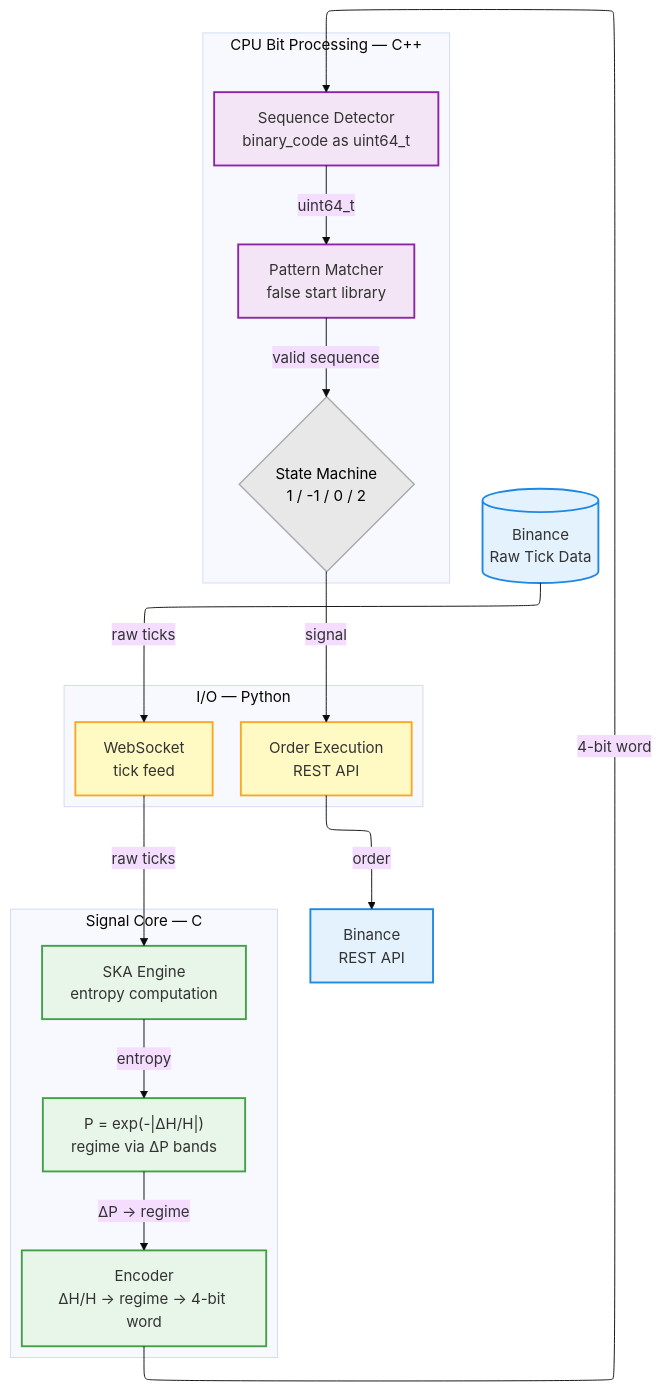
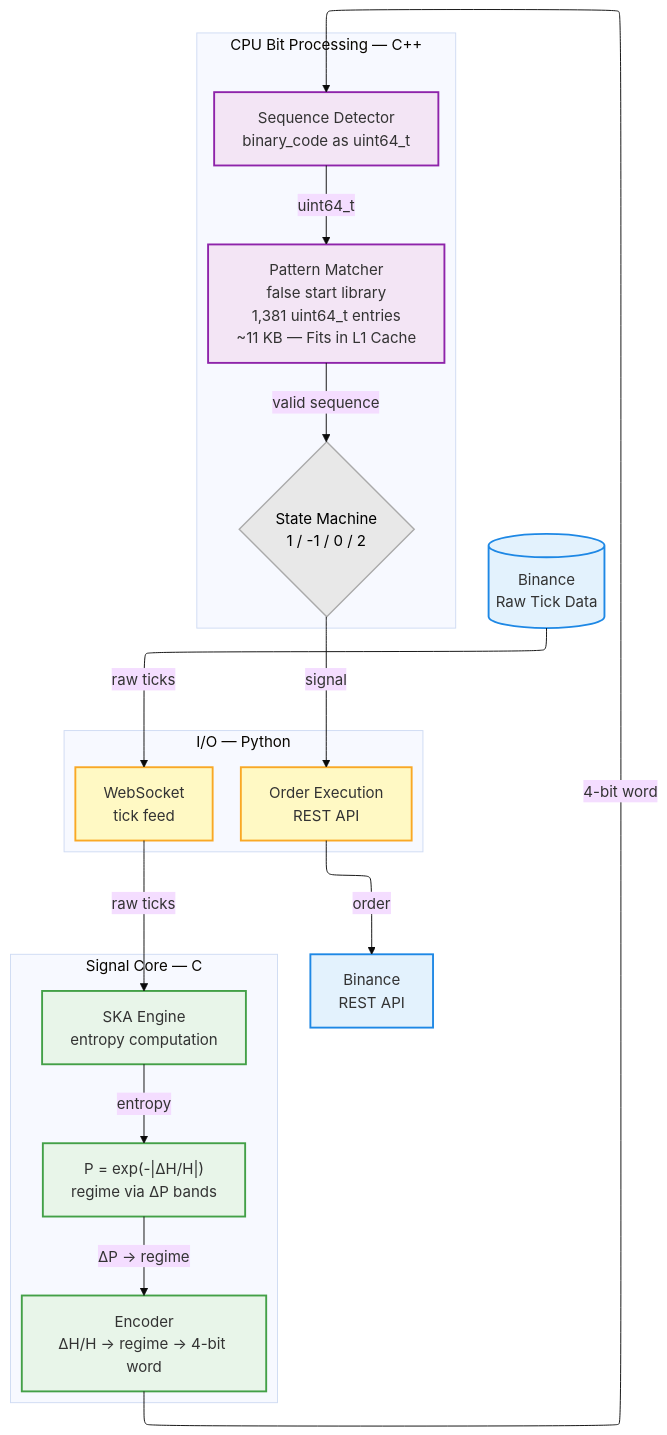
One commit to quantiota/SKA-quantitative-finance changed the diagram in ska_engine_c/README.md. Above: the diagram before and after it, drawn with Mermaid.

````diff
--- a/ska_engine_c/README.md
+++ b/ska_engine_c/README.md
@@ -24,51 +24,51 @@
 ```mermaid
 ---
 config:
   look: classic
   theme: base
   layout: elk
 ---
 flowchart TB
  subgraph IO["I/O — Python"]
     direction TB
         WS["WebSocket\ntick feed"]
         ORDER["Order Execution\nREST API"]
   end
  subgraph SignalCore["Signal Core — C"]
     direction TB
         ENGINE["SKA Engine\nentropy computation"]
         P["P = exp(-|ΔH/H|)\nregime via ΔP bands"]
         ENC["Encoder\nΔH/H → regime → 4-bit word"]
   end
  subgraph BitProcessing["CPU Bit Processing — C++"]
     direction TB
         SEQ["Sequence Detector\nbinary_code as uint64_t"]
-        PAT["Pattern Matcher\nfalse start library"]
+        PAT["Pattern Matcher\nfalse start library\n1,381 uint64_t entries\n~11 KB — Fits in L1 Cache"]  
         SM{"State Machine<br/>1 / -1 / 0 / 2"}
   end
     ENGINE -- entropy --> P
     P -- ΔP → regime --> ENC
     SEQ -- uint64_t --> PAT
     PAT -- valid sequence --> SM
     BINANCE[("Binance\nRaw Tick Data")] -- raw ticks --> WS
     WS -- raw ticks --> ENGINE
     ENC -- "4-bit word" --> SEQ
     SM -- signal --> ORDER
     ORDER -- order --> EXCHANGE["Binance\nREST API"]
 
      BINANCE:::data
      EXCHANGE:::data
      WS:::io
      ORDER:::io
      ENGINE:::binary
      P:::binary
      ENC:::binary
      SEQ:::flow
      PAT:::flow
      SM:::signal
     classDef data     fill:#E3F2FD,stroke:#1E88E5,stroke-width:2px
     classDef binary   fill:#E8F5E9,stroke:#43A047,stroke-width:2px
     classDef flow     fill:#F3E5F5,stroke:#8E24AA,stroke-width:2px
     classDef io       fill:#FFF9C4,stroke:#F9A825,stroke-width:2px
     classDef signal   fill:#E8E8E8,stroke:#AAAAAA,color:#000,stroke-width:1.5px
 ```
````
